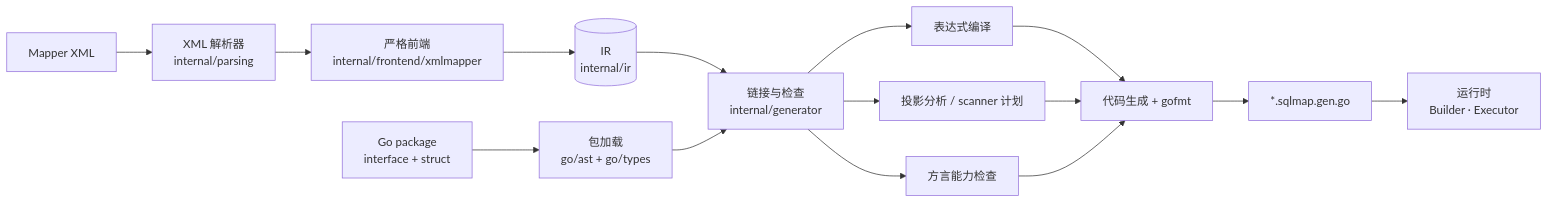
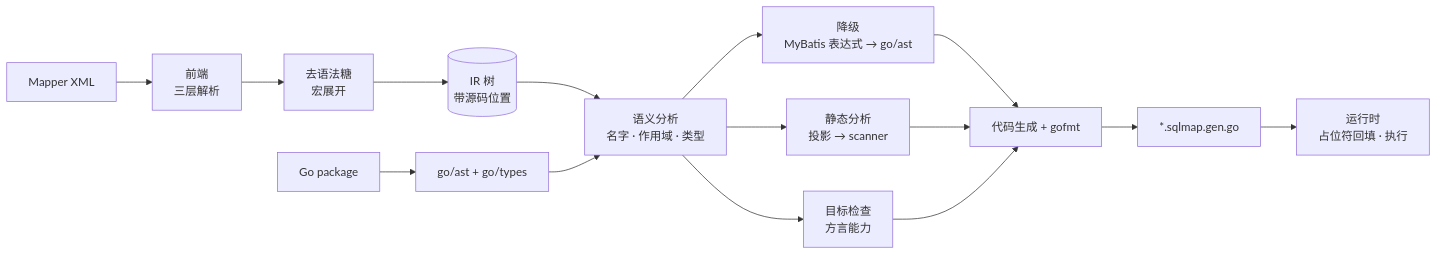
The diagram in docs/blog/introducing-yourbatis.md (superduck-ai/yourbatis), drawn with Mermaid before and after one commit. The commit also changed other lines of this file, not shown here.

````diff
--- a/docs/blog/introducing-yourbatis.md
+++ b/docs/blog/introducing-yourbatis.md
@@ -173,17 +208,17 @@
 ```mermaid
 flowchart LR
-    X[Mapper XML] --> P[XML 解析器<br/>internal/parsing]
-    P --> F[严格前端<br/>internal/frontend/xmlmapper]
-    F --> IR[(IR<br/>internal/ir)]
-    G[Go package<br/>interface + struct] --> L[包加载<br/>go/ast + go/types]
-    IR --> K[链接与检查<br/>internal/generator]
-    L --> K
-    K --> E[表达式编译]
-    K --> S[投影分析 / scanner 计划]
-    K --> D[方言能力检查]
-    E --> O[代码生成 + gofmt]
-    S --> O
-    D --> O
-    O --> GEN[*.sqlmap.gen.go]
-    GEN --> RT[运行时<br/>Builder · Executor]
+    X[Mapper XML] --> P[前端<br/>三层解析]
+    P --> D[去语法糖<br/>宏展开]
+    D --> IR[(IR 树<br/>带源码位置)]
+    G[Go package] --> T[go/ast + go/types]
+    IR --> S[语义分析<br/>名字 · 作用域 · 类型]
+    T --> S
+    S --> L[降级<br/>MyBatis 表达式 → go/ast]
+    S --> A[静态分析<br/>投影 → scanner]
+    S --> C[目标检查<br/>方言能力]
+    L --> E[代码生成 + gofmt]
+    A --> E
+    C --> E
+    E --> GEN[*.sqlmap.gen.go]
+    GEN --> RT[运行时<br/>占位符回填 · 执行]
 ```
````
